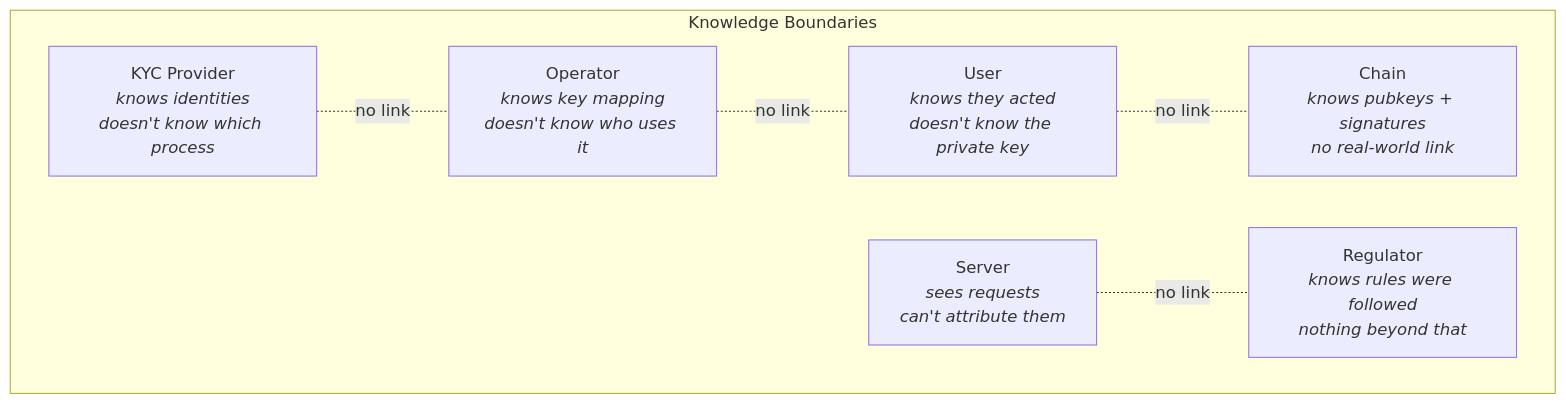
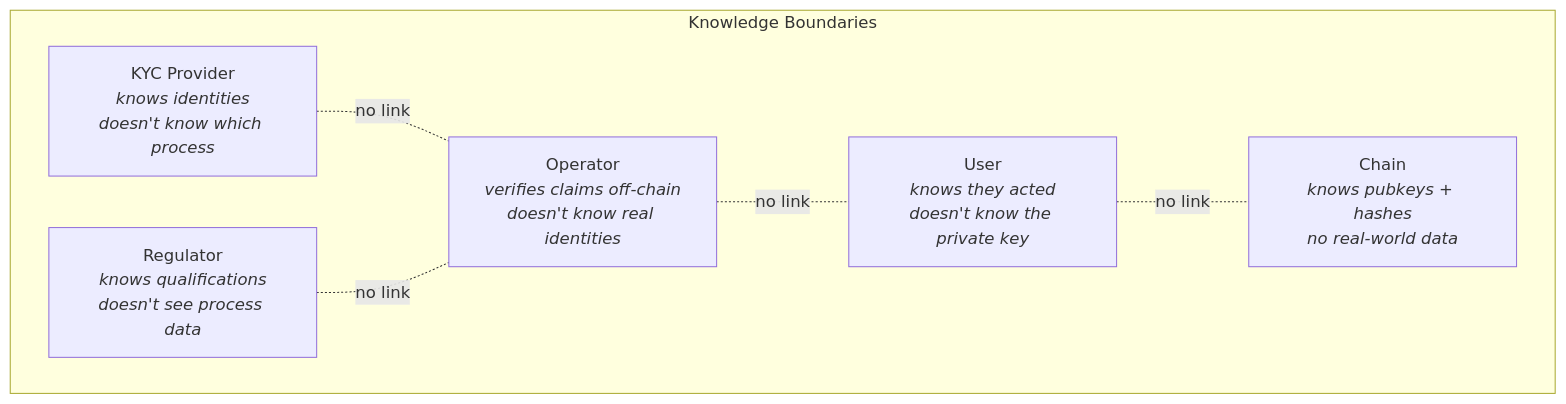
One commit to lambdasistemi/cardano-for-regulators changed diagram 18 of 19 in docs/framework/schema.md. Above: the diagram before and after it, drawn with Mermaid. The commit also changed other lines of this file and 1 other file, not shown here.

Commit message:
add regulation trie, on-chain/off-chain verification split, institutional responsibility

````diff
--- a/docs/framework/schema.md
+++ b/docs/framework/schema.md
@@ -541,16 +670,15 @@
 ```mermaid
 graph TD
     subgraph Knowledge Boundaries
-        OP[Operator<br/><i>knows key mapping<br/>doesn't know who uses it</i>]
+        OP[Operator<br/><i>verifies claims off-chain<br/>doesn't know real identities</i>]
         U[User<br/><i>knows they acted<br/>doesn't know the private key</i>]
-        CH[Chain<br/><i>knows pubkeys + signatures<br/>no real-world link</i>]
-        SV[Server<br/><i>sees requests<br/>can't attribute them</i>]
+        CH[Chain<br/><i>knows pubkeys + hashes<br/>no real-world data</i>]
         KP[KYC Provider<br/><i>knows identities<br/>doesn't know which process</i>]
-        RG[Regulator<br/><i>knows rules were followed<br/>nothing beyond that</i>]
+        RG[Regulator<br/><i>knows qualifications<br/>doesn't see process data</i>]
     end
 
     OP -.-|no link| U
     U -.-|no link| CH
     KP -.-|no link| OP
-    SV -.-|no link| RG
+    RG -.-|no link| OP
 ```
````
